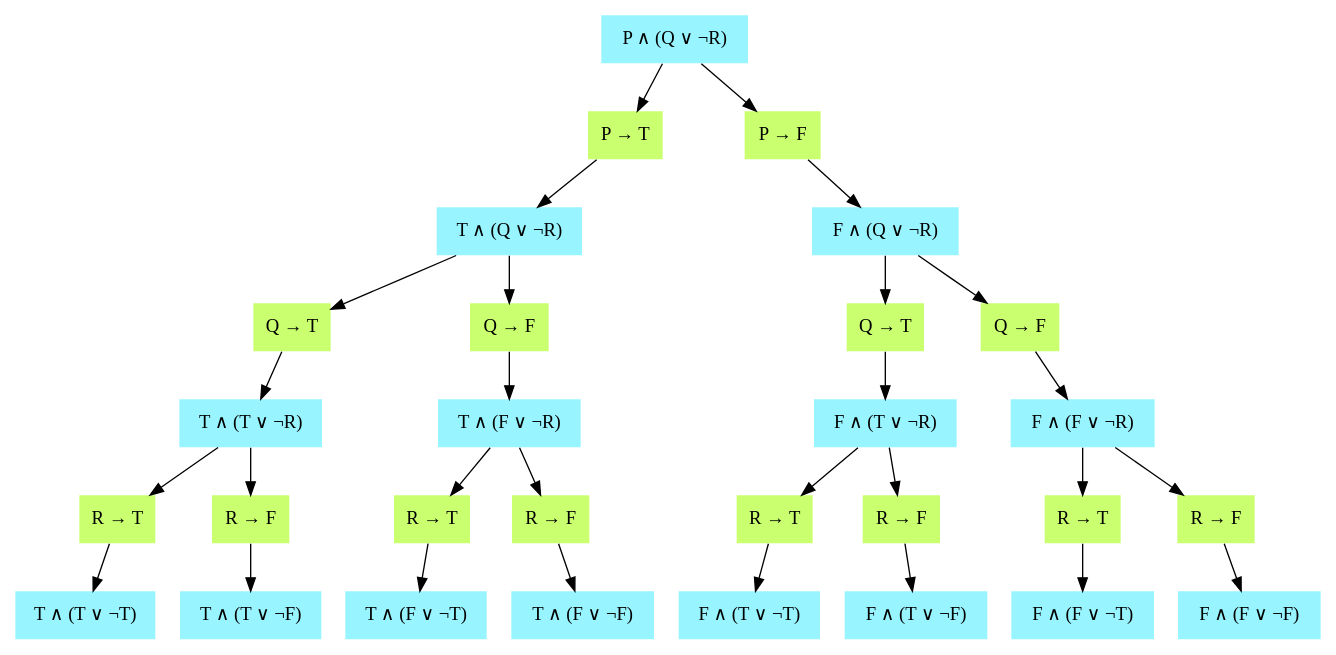
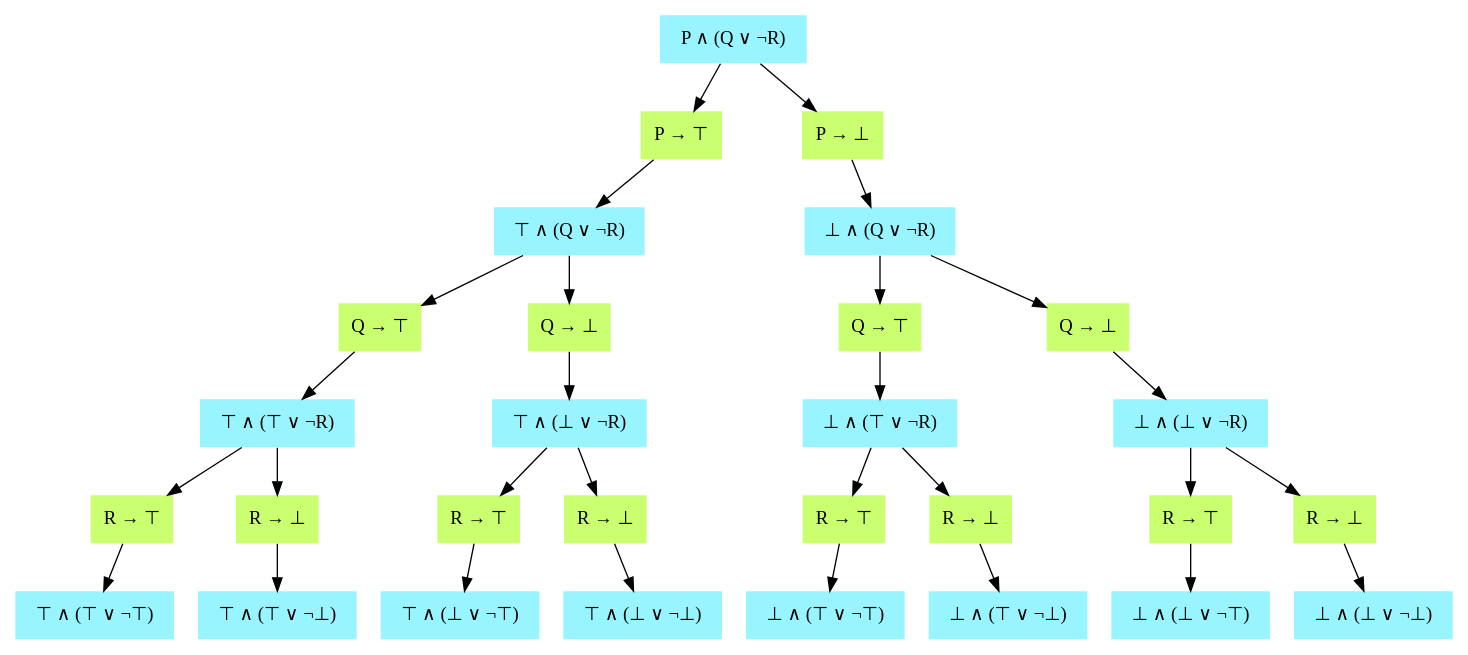
The diagram in assets/content/writing-sat-solver-ocaml/bruteforcing.dot (eudoxia0/eudoxia0.github.io), drawn with Graphviz before and after one commit. The commit also changed 1 other file, not shown here.

```diff
--- a/assets/content/writing-sat-solver-ocaml/bruteforcing.dot
+++ b/assets/content/writing-sat-solver-ocaml/bruteforcing.dot
@@ -1,82 +1,82 @@
 digraph G {
     node [shape=plaintext, style=filled];
     edge [fontname=Arial];
     
     s0 [label="P ∧ (Q ∨ ¬R)", color=cadetblue1];
-    p1t [label="P → T", color=darkolivegreen1];
-    p1f [label="P → F", color=darkolivegreen1];
-    s1t [label="T ∧ (Q ∨ ¬R)", color=cadetblue1];
-    s1f [label="F ∧ (Q ∨ ¬R)", color=cadetblue1];
+    p1t [label="P → ⊤", color=darkolivegreen1];
+    p1f [label="P → ⊥", color=darkolivegreen1];
+    s1t [label="⊤ ∧ (Q ∨ ¬R)", color=cadetblue1];
+    s1f [label="⊥ ∧ (Q ∨ ¬R)", color=cadetblue1];
 
-    q2t [label="Q → T", color=darkolivegreen1];
-    q2f [label="Q → F", color=darkolivegreen1];
-    s2t [label="T ∧ (T ∨ ¬R)", color=cadetblue1];
-    s2f [label="T ∧ (F ∨ ¬R)", color=cadetblue1];
+    q2t [label="Q → ⊤", color=darkolivegreen1];
+    q2f [label="Q → ⊥", color=darkolivegreen1];
+    s2t [label="⊤ ∧ (⊤ ∨ ¬R)", color=cadetblue1];
+    s2f [label="⊤ ∧ (⊥ ∨ ¬R)", color=cadetblue1];
 
-    q3t [label="Q → T", color=darkolivegreen1];
-    q3f [label="Q → F", color=darkolivegreen1];
-    s3t [label="F ∧ (T ∨ ¬R)", color=cadetblue1];
-    s3f [label="F ∧ (F ∨ ¬R)", color=cadetblue1];
+    q3t [label="Q → ⊤", color=darkolivegreen1];
+    q3f [label="Q → ⊥", color=darkolivegreen1];
+    s3t [label="⊥ ∧ (⊤ ∨ ¬R)", color=cadetblue1];
+    s3f [label="⊥ ∧ (⊥ ∨ ¬R)", color=cadetblue1];
 
-    r4t [label="R → T", color=darkolivegreen1];
-    r4f [label="R → F", color=darkolivegreen1];
-    s4t [label="T ∧ (T ∨ ¬T)", color=cadetblue1];
-    s4f [label="T ∧ (T ∨ ¬F)", color=cadetblue1];
+    r4t [label="R → ⊤", color=darkolivegreen1];
+    r4f [label="R → ⊥", color=darkolivegreen1];
+    s4t [label="⊤ ∧ (⊤ ∨ ¬⊤)", color=cadetblue1];
+    s4f [label="⊤ ∧ (⊤ ∨ ¬⊥)", color=cadetblue1];
 
-    r5t [label="R → T", color=darkolivegreen1];
-    r5f [label="R → F", color=darkolivegreen1];
-    s5t [label="T ∧ (F ∨ ¬T)", color=cadetblue1];
-    s5f [label="T ∧ (F ∨ ¬F)", color=cadetblue1];
+    r5t [label="R → ⊤", color=darkolivegreen1];
+    r5f [label="R → ⊥", color=darkolivegreen1];
+    s5t [label="⊤ ∧ (⊥ ∨ ¬⊤)", color=cadetblue1];
+    s5f [label="⊤ ∧ (⊥ ∨ ¬⊥)", color=cadetblue1];
 
-    r6t [label="R → T", color=darkolivegreen1];
-    r6f [label="R → F", color=darkolivegreen1];
-    s6t [label="F ∧ (T ∨ ¬T)", color=cadetblue1];
-    s6f [label="F ∧ (T ∨ ¬F)", color=cadetblue1];
+    r6t [label="R → ⊤", color=darkolivegreen1];
+    r6f [label="R → ⊥", color=darkolivegreen1];
+    s6t [label="⊥ ∧ (⊤ ∨ ¬⊤)", color=cadetblue1];
+    s6f [label="⊥ ∧ (⊤ ∨ ¬⊥)", color=cadetblue1];
 
-    r7t [label="R → T", color=darkolivegreen1];
-    r7f [label="R → F", color=darkolivegreen1];
-    s7t [label="F ∧ (F ∨ ¬T)", color=cadetblue1];
-    s7f [label="F ∧ (F ∨ ¬F)", color=cadetblue1];
+    r7t [label="R → ⊤", color=darkolivegreen1];
+    r7f [label="R → ⊥", color=darkolivegreen1];
+    s7t [label="⊥ ∧ (⊥ ∨ ¬⊤)", color=cadetblue1];
+    s7f [label="⊥ ∧ (⊥ ∨ ¬⊥)", color=cadetblue1];
 
     s0 -> p1t;
     s0 -> p1f;
 
     p1t -> s1t;
     p1f -> s1f;
 
     s1t -> q2t;
     s1t -> q2f;
 
     q2t -> s2t;
     q2f -> s2f;
 
     s1f -> q3t;
     s1f -> q3f;
 
     q3t -> s3t;
     q3f -> s3f;
 
     s2t -> r4t;
     s2t -> r4f;
 
     r4t -> s4t;
     r4f -> s4f;
 
     s2f -> r5t;
     s2f -> r5f;
 
     r5t -> s5t;
     r5f -> s5f;
 
     s3t -> r6t;
     s3t -> r6f;
 
     r6t -> s6t;
     r6f -> s6f;
 
     s3f -> r7t;
     s3f -> r7f;
 
     r7t -> s7t;
     r7f -> s7f;
 }
```
